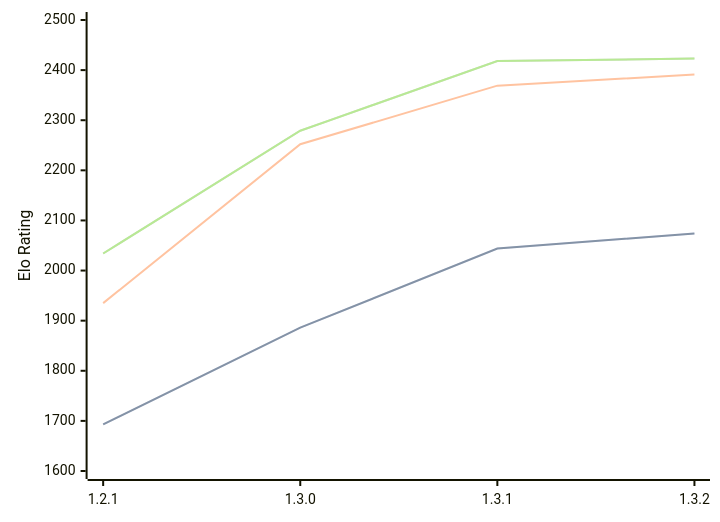
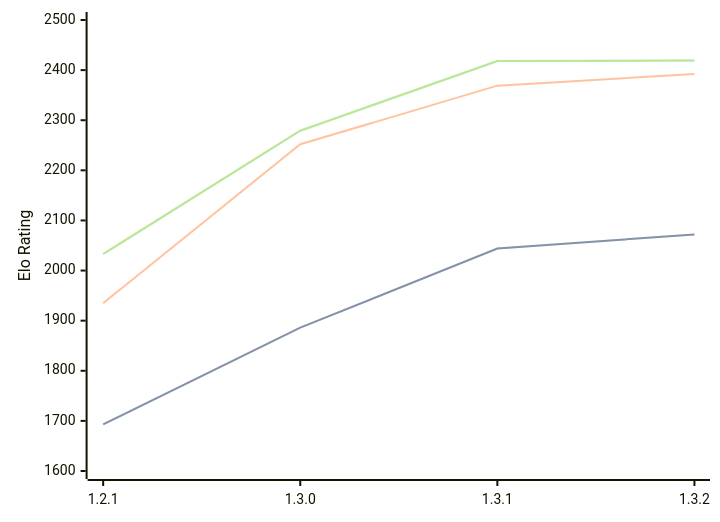
One commit to computer-chess-index/cci changed the diagram in engines/Chal.md. Above: the diagram before and after it, drawn with Mermaid. The commit also changed other lines of this file, not shown here.

Commit message:
Update CCI Ratings (ELO VLTC) - 2026-04-02

````diff
--- a/engines/Chal.md
+++ b/engines/Chal.md
@@ -37,11 +38,11 @@
 ```mermaid
 %%{init: {"theme":"base","themeVariables":{"seriesColors:['#a3a3a3','#222221','#faa371']}}}%%
 xychart-beta
   x-axis ["1.2.1", "1.3.0", "1.3.1", "1.3.2"]
   y-axis "Elo Rating" 1600 --> 2500
-  line "STC (8.0+0.08s)" [1693, 1886, 2044, 2074]
-  line "STC (8.0+0.08s)" [1693, 1886, 2044, 2074]
-  line "LTC (60.0+0.60s)" [1935, 2252, 2369, 2391]
-  line "VLTC (2m24s+1.12s)" [2034, 2279, 2418, 2423]
-  line "VLTC (2m24s+1.12s)" [2034, 2279, 2418, 2423]
+  line "STC (8.0+0.08s)" [1693, 1886, 2044, 2072]
+  line "STC (8.0+0.08s)" [1693, 1886, 2044, 2072]
+  line "LTC (60.0+0.60s)" [1935, 2252, 2369, 2392]
+  line "VLTC (2m24s+1.12s)" [2033, 2279, 2418, 2419]
+  line "VLTC (2m24s+1.12s)" [2033, 2279, 2418, 2419]
 ```
````
